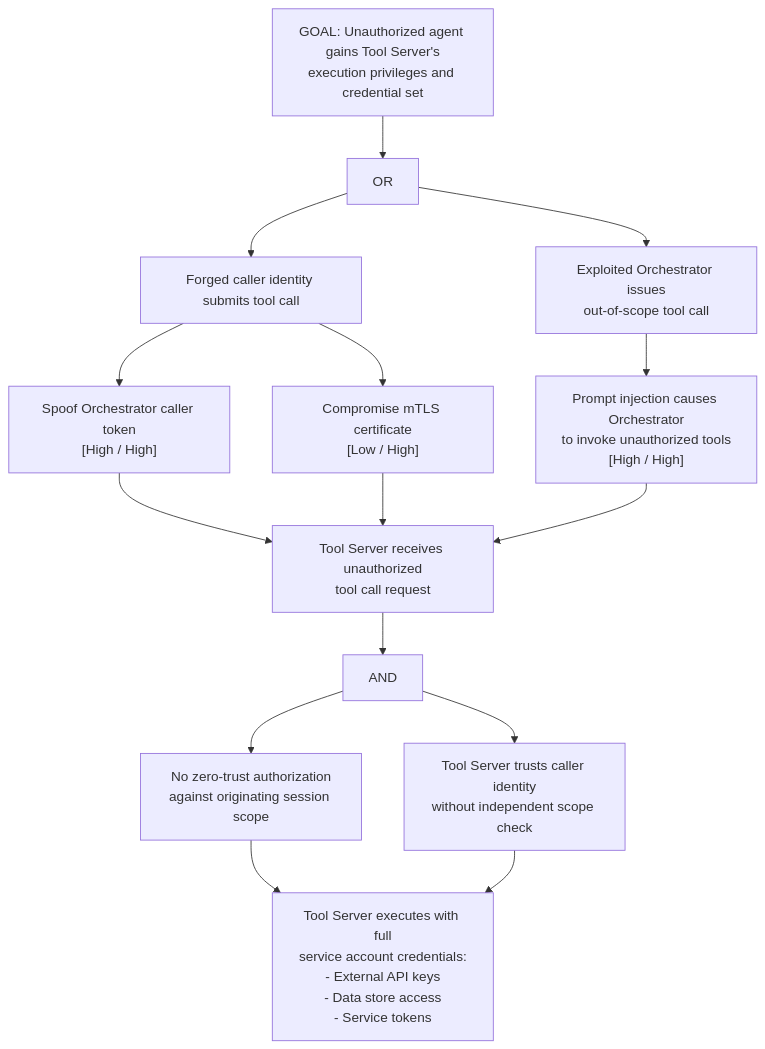
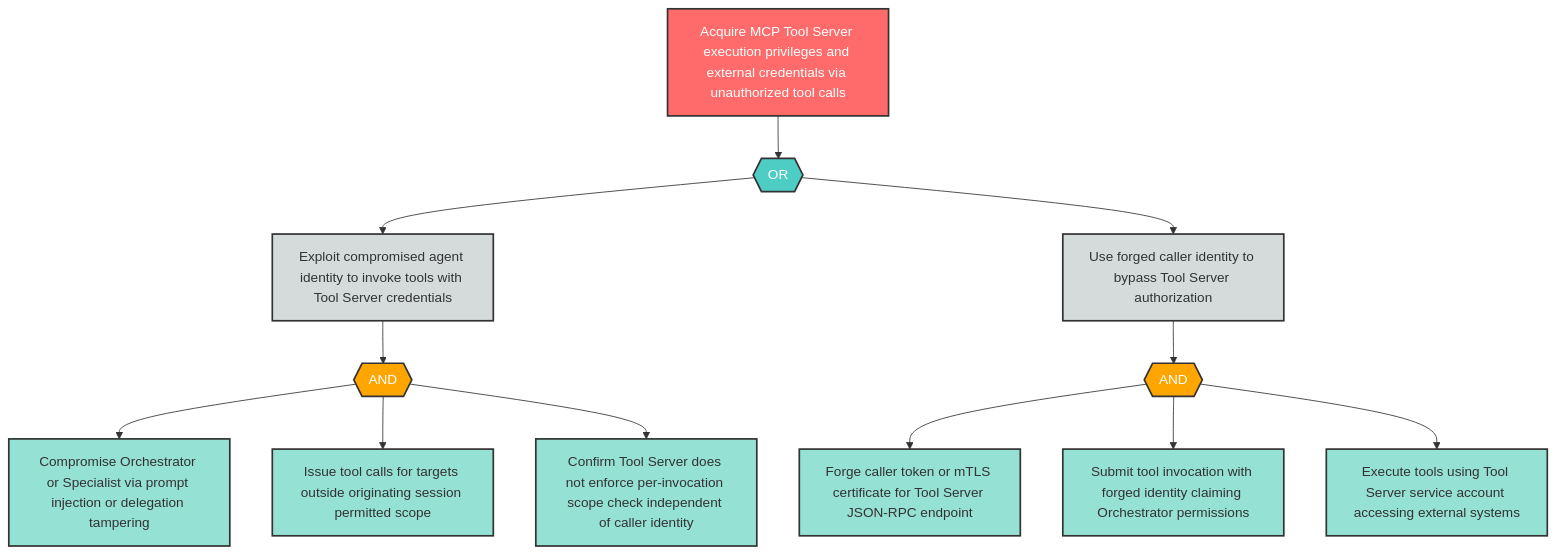
Before and after one commit to q-qp-p/davidmatousek-tachi: the diagram in examples/agentic-app/sample-report/attack-trees/E-5-attack-tree.md, drawn with Mermaid. The commit also changed other lines of this file and 156 other files, not shown here.

````diff
--- a/examples/agentic-app/sample-report/attack-trees/E-5-attack-tree.md
+++ b/examples/agentic-app/sample-report/attack-trees/E-5-attack-tree.md
@@ -10,18 +8,39 @@
 ```mermaid
-graph TD
-    GOAL["GOAL: Unauthorized agent gains Tool Server's\nexecution privileges and credential set"]
-    GOAL --> A["OR"]
-    A --> B["Forged caller identity submits tool call"]
-    A --> C["Exploited Orchestrator issues\nout-of-scope tool call"]
-    B --> B1["Spoof Orchestrator caller token\n[High / High]"]
-    B --> B2["Compromise mTLS certificate\n[Low / High]"]
-    C --> C1["Prompt injection causes Orchestrator\nto invoke unauthorized tools\n[High / High]"]
-    B1 --> D["Tool Server receives unauthorized\ntool call request"]
-    B2 --> D
-    C1 --> D
-    D --> E["AND"]
-    E --> E1["No zero-trust authorization\nagainst originating session scope"]
-    E --> E2["Tool Server trusts caller identity\nwithout independent scope check"]
-    E1 --> F["Tool Server executes with full\nservice account credentials:\n- External API keys\n- Data store access\n- Service tokens"]
-    E2 --> F
+flowchart TD
+    E5_root["Acquire MCP Tool Server execution privileges and external credentials via unauthorized tool calls"]
+    E5_or1{{"OR"}}
+    E5_sub1["Exploit compromised agent identity to invoke tools with Tool Server credentials"]
+    E5_sub2["Use forged caller identity to bypass Tool Server authorization"]
+    E5_and1{{"AND"}}
+    E5_leaf1["Compromise Orchestrator or Specialist via prompt injection or delegation tampering"]
+    E5_leaf2["Issue tool calls for targets outside originating session permitted scope"]
+    E5_leaf3["Confirm Tool Server does not enforce per-invocation scope check independent of caller identity"]
+    E5_and2{{"AND"}}
+    E5_leaf4["Forge caller token or mTLS certificate for Tool Server JSON-RPC endpoint"]
+    E5_leaf5["Submit tool invocation with forged identity claiming Orchestrator permissions"]
+    E5_leaf6["Execute tools using Tool Server service account accessing external systems"]
+
+    E5_root --> E5_or1
+    E5_or1 --> E5_sub1
+    E5_or1 --> E5_sub2
+    E5_sub1 --> E5_and1
+    E5_and1 --> E5_leaf1
+    E5_and1 --> E5_leaf2
+    E5_and1 --> E5_leaf3
+    E5_sub2 --> E5_and2
+    E5_and2 --> E5_leaf4
+    E5_and2 --> E5_leaf5
+    E5_and2 --> E5_leaf6
+
+    classDef goal fill:#ff6b6b,stroke:#333,stroke-width:2px,color:#fff
+    classDef andGate fill:#ffa500,stroke:#333,stroke-width:2px,color:#fff
+    classDef orGate fill:#4ecdc4,stroke:#333,stroke-width:2px,color:#fff
+    classDef subGoal fill:#d5dbdb,stroke:#333,stroke-width:2px,color:#333
+    classDef leaf fill:#95e1d3,stroke:#333,stroke-width:2px,color:#333
+
+    class E5_root goal
+    class E5_or1 orGate
+    class E5_and1,E5_and2 andGate
+    class E5_sub1,E5_sub2 subGoal
+    class E5_leaf1,E5_leaf2,E5_leaf3,E5_leaf4,E5_leaf5,E5_leaf6 leaf
 ```
````
